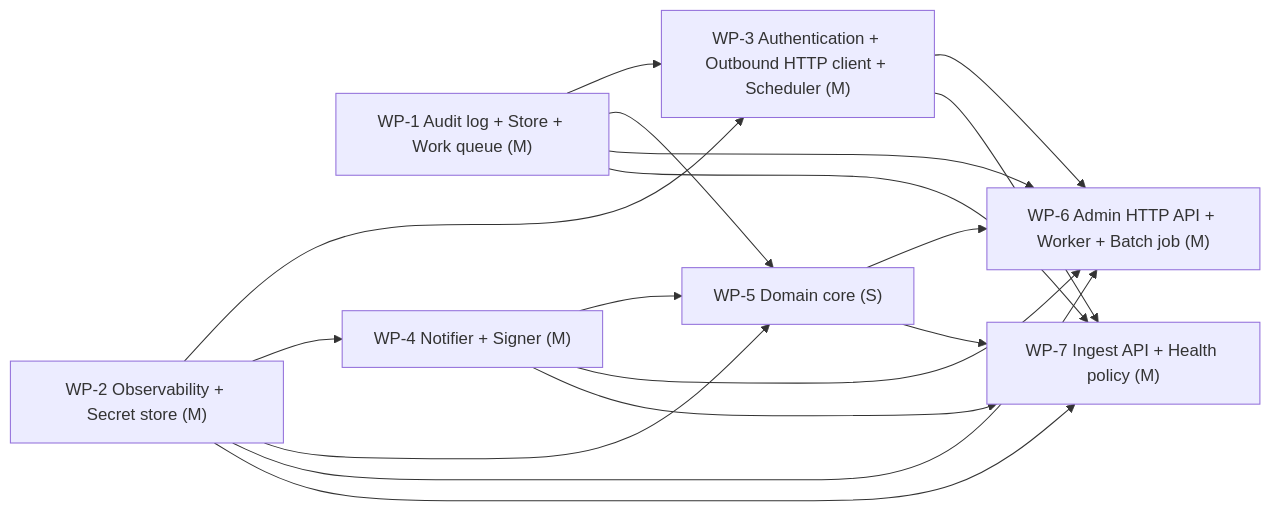
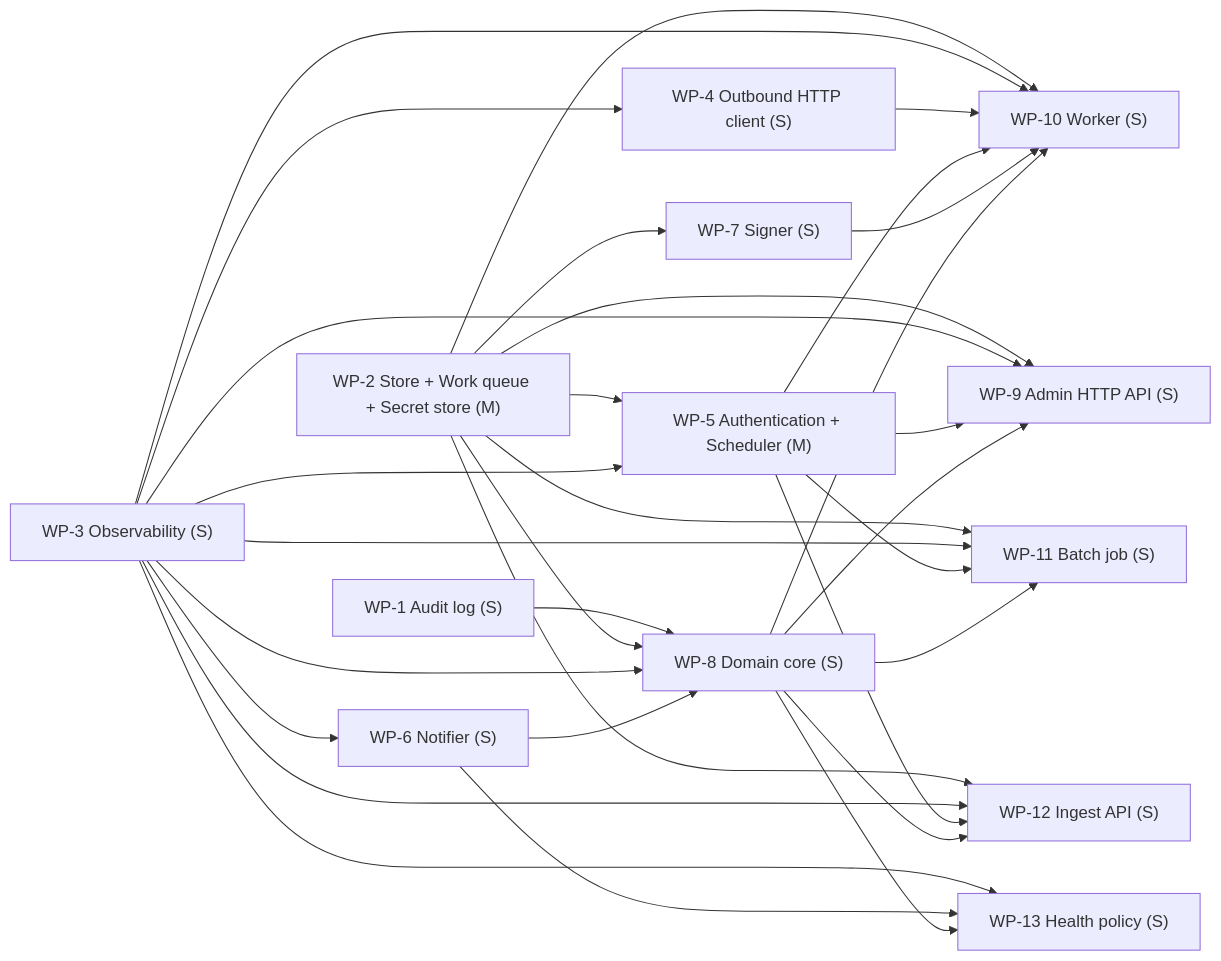
Before and after one commit to yui9696/sekkei: the eighth of 8 diagrams in examples/webhooks/DESIGN.md, drawn with Mermaid. The commit also changed other lines of this file and 25 other files, not shown here.

````diff
--- a/examples/webhooks/DESIGN.md
+++ b/examples/webhooks/DESIGN.md
@@ -1123,26 +1123,46 @@
 ```mermaid
 graph LR
-  WP_1["WP-1 Audit log + Store + Work queue (M)"]
-  WP_2["WP-2 Observability + Secret store (M)"]
-  WP_3["WP-3 Authentication + Outbound HTTP client + Scheduler (M)"]
-  WP_4["WP-4 Notifier + Signer (M)"]
-  WP_5["WP-5 Domain core (S)"]
-  WP_6["WP-6 Admin HTTP API + Worker + Batch job (M)"]
-  WP_7["WP-7 Ingest API + Health policy (M)"]
-  WP_1 --> WP_3
-  WP_2 --> WP_3
-  WP_2 --> WP_4
-  WP_1 --> WP_5
+  WP_1["WP-1 Audit log (S)"]
+  WP_2["WP-2 Store + Work queue + Secret store (M)"]
+  WP_3["WP-3 Observability (S)"]
+  WP_4["WP-4 Outbound HTTP client (S)"]
+  WP_5["WP-5 Authentication + Scheduler (M)"]
+  WP_6["WP-6 Notifier (S)"]
+  WP_7["WP-7 Signer (S)"]
+  WP_8["WP-8 Domain core (S)"]
+  WP_9["WP-9 Admin HTTP API (S)"]
+  WP_10["WP-10 Worker (S)"]
+  WP_11["WP-11 Batch job (S)"]
+  WP_12["WP-12 Ingest API (S)"]
+  WP_13["WP-13 Health policy (S)"]
+  WP_3 --> WP_4
   WP_2 --> WP_5
-  WP_4 --> WP_5
-  WP_1 --> WP_6
-  WP_2 --> WP_6
+  WP_3 --> WP_5
   WP_3 --> WP_6
-  WP_4 --> WP_6
-  WP_5 --> WP_6
-  WP_1 --> WP_7
   WP_2 --> WP_7
-  WP_3 --> WP_7
-  WP_4 --> WP_7
-  WP_5 --> WP_7
+  WP_1 --> WP_8
+  WP_2 --> WP_8
+  WP_3 --> WP_8
+  WP_6 --> WP_8
+  WP_2 --> WP_9
+  WP_3 --> WP_9
+  WP_5 --> WP_9
+  WP_8 --> WP_9
+  WP_2 --> WP_10
+  WP_3 --> WP_10
+  WP_4 --> WP_10
+  WP_5 --> WP_10
+  WP_7 --> WP_10
+  WP_8 --> WP_10
+  WP_2 --> WP_11
+  WP_3 --> WP_11
+  WP_5 --> WP_11
+  WP_8 --> WP_11
+  WP_2 --> WP_12
+  WP_3 --> WP_12
+  WP_5 --> WP_12
+  WP_8 --> WP_12
+  WP_3 --> WP_13
+  WP_6 --> WP_13
+  WP_8 --> WP_13
 ```
````
